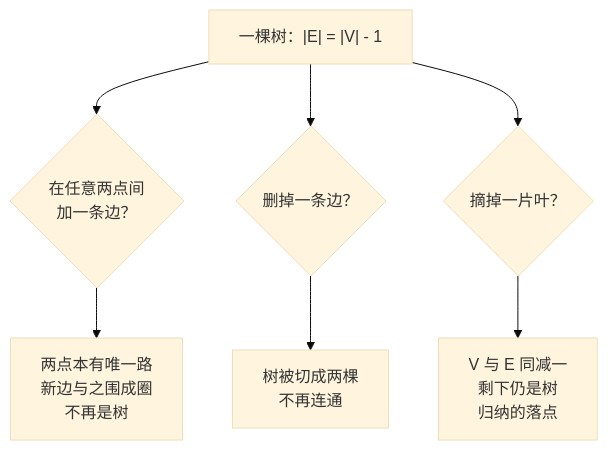
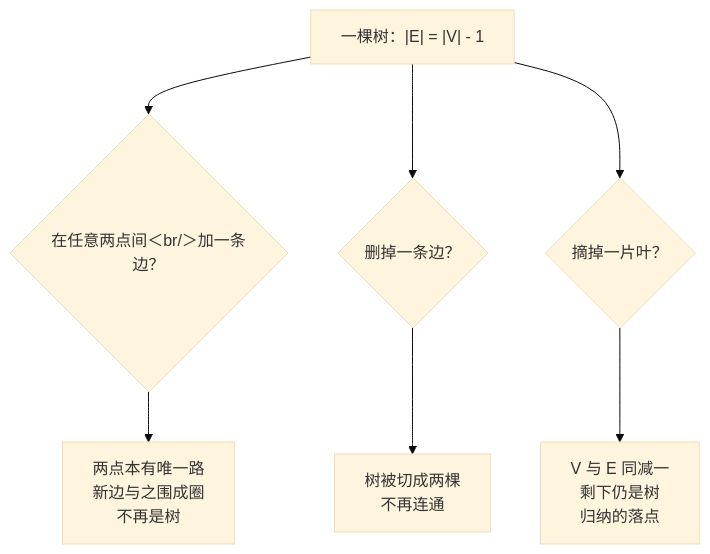
One commit to xhongduo-tech/xhongduo-tech.github.io changed the second of 2 diagrams in docs/cs/tree-as-acyclic.md. Above: the diagram before and after it, drawn with Mermaid (base theme). The commit also changed 291 other files, not shown here.

Commit message:
Normalize lesson titles to tree names and repair mermaid arrow/quote syntax site-wide.

````diff
--- a/docs/cs/tree-as-acyclic.md
+++ b/docs/cs/tree-as-acyclic.md
@@ -51,9 +51,9 @@
 ```mermaid
 flowchart TD
-  T["一棵树：|E| = |V| - 1"] --> ADD{"在任意两点间<br/>加一条边？"}
+  T["一棵树：|E| = |V| - 1"] --> ADD{"在任意两点间＜br/＞加一条边？"}
   ADD --> CYCLE["两点本有唯一路<br/>新边与之围成圈<br/>不再是树"]
   T --> DEL{"删掉一条边？"}
   DEL --> SPLIT["树被切成两棵<br/>不再连通"]
   T --> LEAF{"摘掉一片叶？"}
   LEAF --> OK["V 与 E 同减一<br/>剩下仍是树<br/>归纳的落点"]
 ```
````
